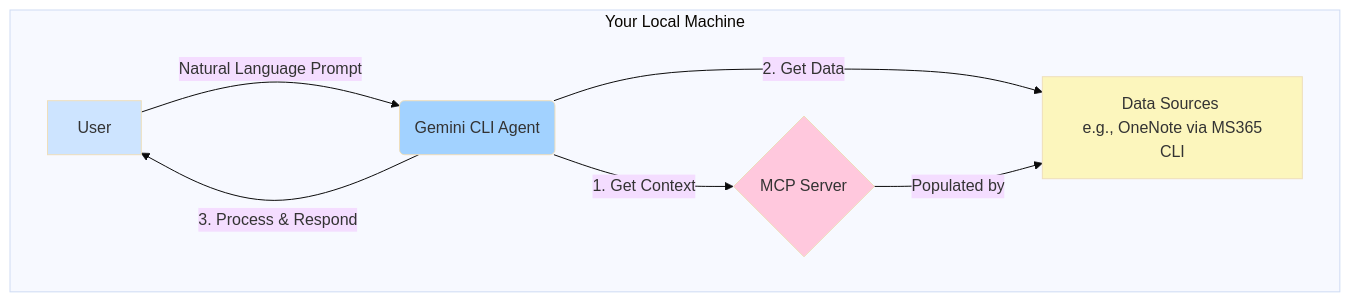
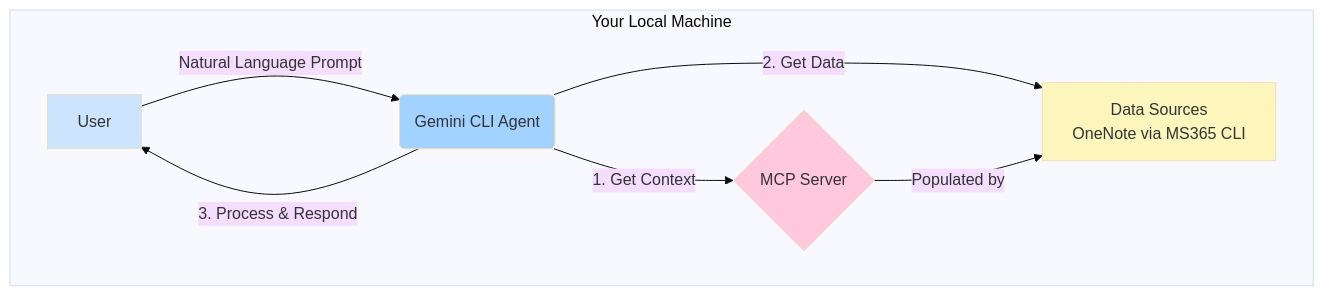
Before and after one commit to belablotski/belablotski.github.io: the first of 3 diagrams in content/engineering/ai/mcp/personal_mcp_server.md, drawn with Mermaid (base theme). The commit also changed other lines of this file, not shown here.

````diff
--- a/content/engineering/ai/mcp/personal_mcp_server.md
+++ b/content/engineering/ai/mcp/personal_mcp_server.md
@@ -51,16 +51,16 @@
 ```mermaid
 graph TD
     subgraph Your Local Machine
         A[User] -- Natural Language Prompt --> B(Gemini CLI Agent);
         B -- 1. Get Context --> C{MCP Server};
-        B -- 2. Get Data --> D[Data Sources <br> e.g., OneNote via MS365 CLI];
+        B -- 2. Get Data --> D[Data Sources<br/>OneNote via MS365 CLI];
         C -- Populated by --> D;
     end
 
     B -- 3. Process & Respond --> A;
 
     style A fill:#cde4ff
     style B fill:#a2d2ff
     style C fill:#ffc8dd
     style D fill:#fcf6bd
 ```
````
